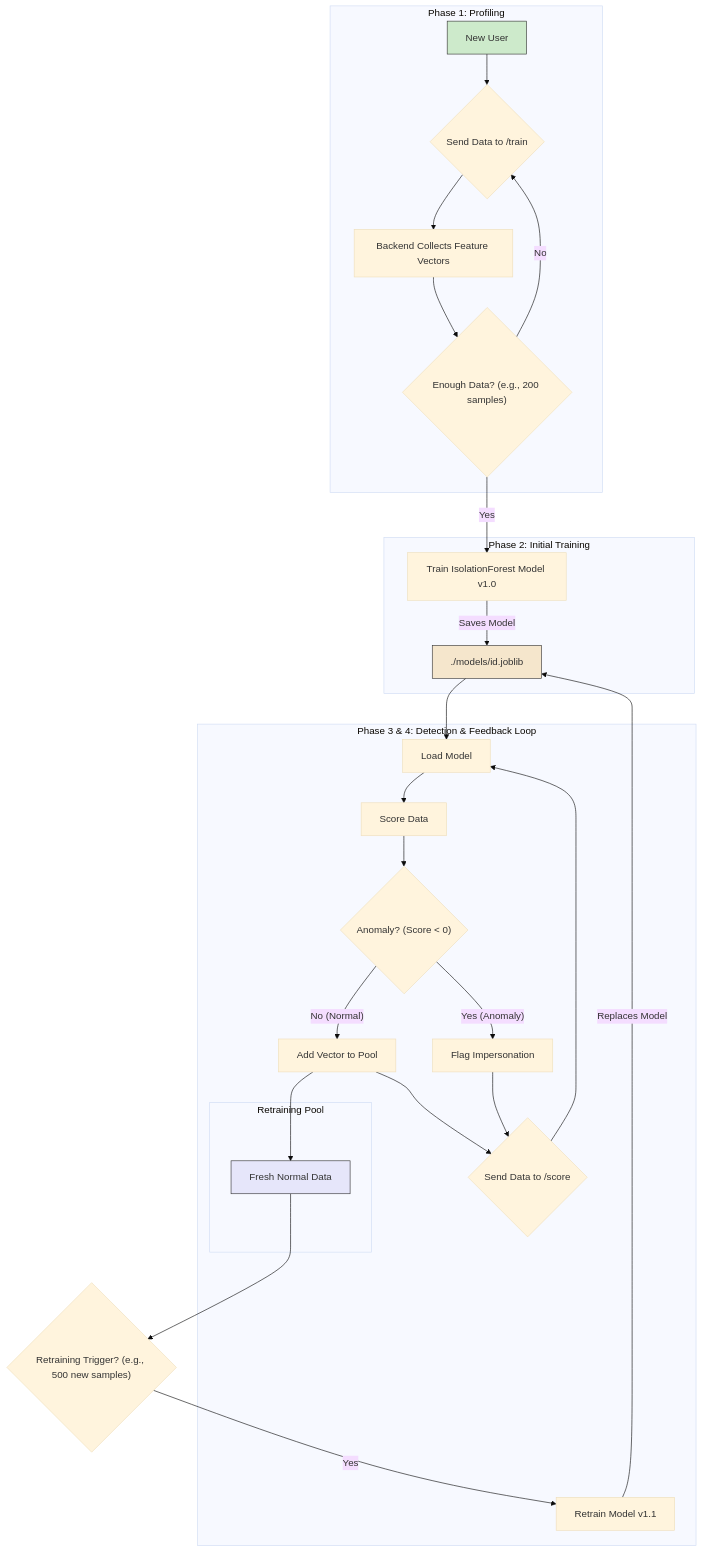
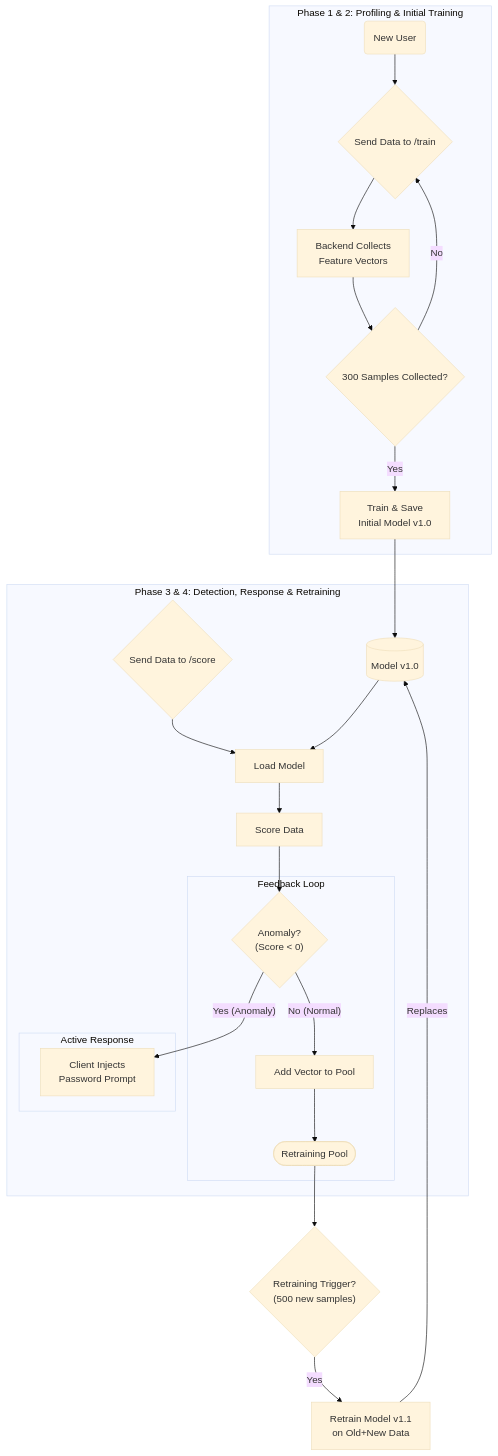
The diagram in docs/08_ML_MODEL_LIFECYCLE.md (Sureinity/maxidom), drawn with Mermaid (base theme) before and after one commit. The commit also changed other lines of this file and 6 other files, not shown here.

Commit message:
docs: add password prompt response and /enroll/ endpoint for verification password setup

````diff
--- a/docs/08_ML_MODEL_LIFECYCLE.md
+++ b/docs/08_ML_MODEL_LIFECYCLE.md
@@ -72,46 +97,35 @@
 ```mermaid
 graph TD
-    subgraph "Phase 1: Profiling"
-        A["New User"] --> B{"Send Data to /train"}
-        B --> C["Backend Collects Feature Vectors"]
-        C --> D{"Enough Data? (e.g., 200 samples)"}
+    subgraph "Phase 1 & 2: Profiling & Initial Training"
+        A(New User) --> B{Send Data to /train};
+        B --> C[Backend Collects<br>Feature Vectors];
+        C --> D{300 Samples Collected?};
+        D -- "Yes" --> E[Train & Save<br>Initial Model v1.0];
+        D -- "No" --> B;
     end
 
-    subgraph "Phase 2: Initial Training"
-        E["Train IsolationForest Model v1.0"]
-        F["./models/id.joblib"]
-        E -- "Saves Model" --> F
+    subgraph "Phase 3 & 4: Detection, Response & Retraining"
+        F[(Model v1.0)];
+        G{Send Data to /score} --> H[Load Model];
+        H --> I[Score Data];
+        I --> J{"Anomaly?<br>(Score < 0)"};
+        
+        subgraph "Feedback Loop"
+            K([Retraining Pool]);
+            J -- "No (Normal)" --> L[Add Vector to Pool];
+            L --> K;
+        end
+        
+        subgraph "Active Response"
+            J -- "Yes (Anomaly)" --> M[Client Injects<br>Password Prompt];
+        end
     end
-
-    subgraph "Phase 3 & 4: Detection & Feedback Loop"
-        G{"Send Data to /score"} --> H["Load Model"]
-        H --> I["Score Data"]
-        I --> J{"Anomaly? (Score < 0)"}
-
-        subgraph "Retraining Pool"
-            K["Fresh Normal Data"]
-        end
-
-        J -- "No (Normal)" --> L["Add Vector to Pool"]
-        L --> K
-        J -- "Yes (Anomaly)" --> M["Flag Impersonation"]
-
-        P["Retrain Model v1.1"] -- "Replaces Model" --> F
-    end
-
-    T{"Retraining Trigger? (e.g., 500 new samples)"}
-    K --> T
-    T -- "Yes" --> P
-
-    D -- "Yes" --> E
-    D -- "No" --> B
-
-    F --> H
-
-    M --> G
-    L --> G
-
-    style A fill:#cdeacb,stroke:#333
-    style F fill:#f5e6cc,stroke:#333
-    style K fill:#e6e6fa,stroke:#333
+    
+    E --> F;
+    F --> H;
+    
+    T{"Retraining Trigger?<br>(500 new samples)"};
+    K --> T;
+    T -- "Yes" --> U[Retrain Model v1.1<br>on Old+New Data];
+    U -- "Replaces" --> F;
 ```
````
